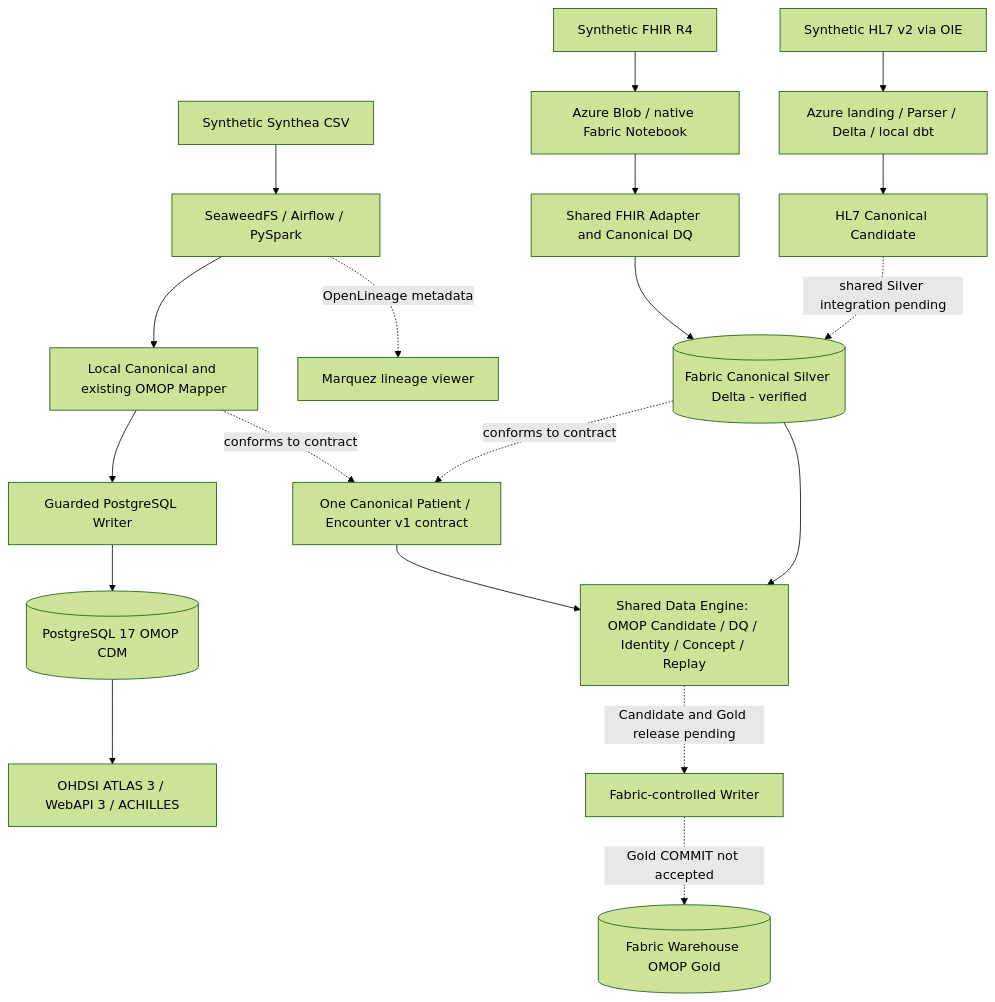
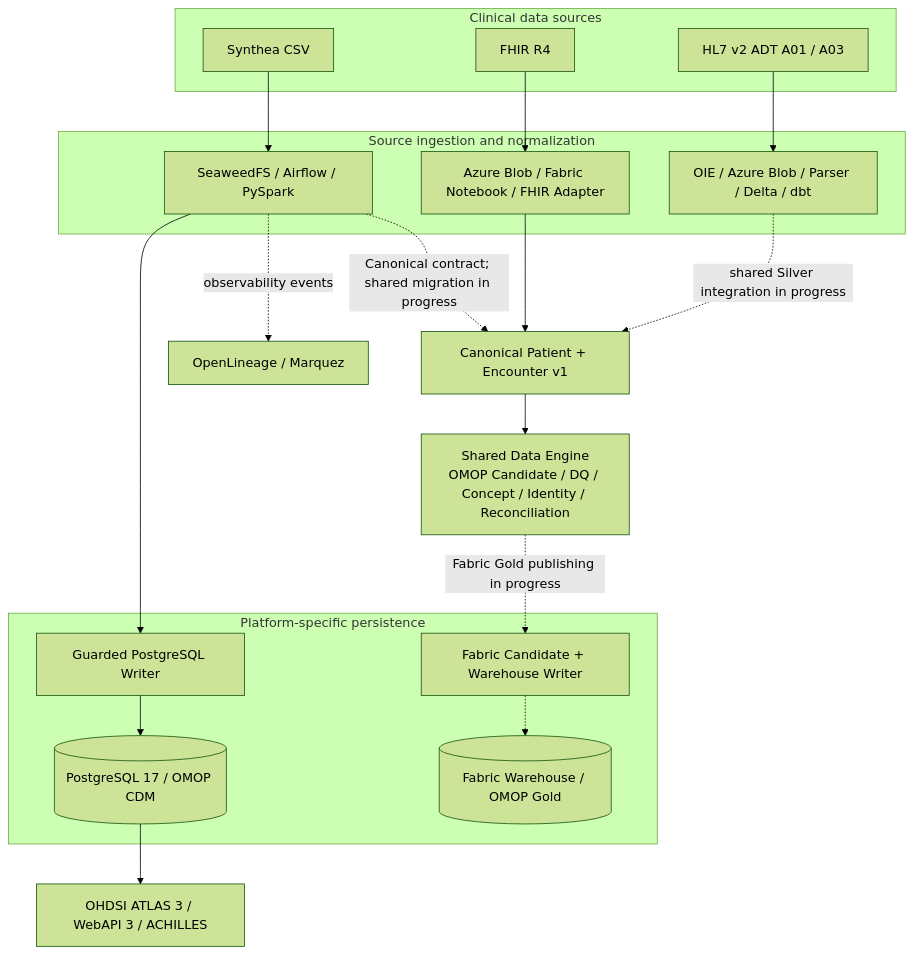
One commit to JohnZhang-DataForge/healthcare-data-platform changed the diagram in README.md. Above: the diagram before and after it, drawn with Mermaid (forest theme). The commit also changed other lines of this file, not shown here.

Commit message:
docs: showcase Healthcare Unified Data Platform with source-only links

````diff
--- a/README.md
+++ b/README.md
@@ -61,26 +22,39 @@
 ```mermaid
 flowchart TB
-    CSV["Synthetic Synthea CSV"] --> LOCAL["SeaweedFS / Airflow / PySpark"]
-    LOCAL --> LMAP["Local Canonical and existing OMOP Mapper"]
-    LMAP --> LPUB["Guarded PostgreSQL Writer"]
-    LPUB --> PG[("PostgreSQL 17 OMOP CDM")]
+    subgraph SOURCES["Clinical data sources"]
+        CSV["Synthea CSV"]
+        FHIR["FHIR R4"]
+        HL7["HL7 v2 ADT A01 / A03"]
+    end
 
-    FHIR["Synthetic FHIR R4"] --> AZ["Azure Blob / native Fabric Notebook"]
-    AZ --> FAD["Shared FHIR Adapter and Canonical DQ"]
-    FAD --> SILVER[("Fabric Canonical Silver Delta - verified")]
+    subgraph INGEST["Source ingestion and normalization"]
+        LOCAL["SeaweedFS / Airflow / PySpark"]
+        FHIRAD["Azure Blob / Fabric Notebook / FHIR Adapter"]
+        HL7AD["OIE / Azure Blob / Parser / Delta / dbt"]
+    end
 
-    HL7["Synthetic HL7 v2 via OIE"] --> HDBT["Azure landing / Parser / Delta / local dbt"]
-    HDBT --> HC["HL7 Canonical Candidate"]
-    HC -. "shared Silver integration pending" .-> SILVER
+    CAN["Canonical Patient + Encounter v1"]
+    ENGINE["Shared Data Engine<br/>OMOP Candidate / DQ / Concept / Identity / Reconciliation"]
 
-    CAN["One Canonical Patient / Encounter v1 contract"]
-    LMAP -. "conforms to contract" .-> CAN
-    SILVER -. "conforms to contract" .-> CAN
-    CAN --> ENG["Shared Data Engine: OMOP Candidate / DQ / Identity / Concept / Replay"]
-    SILVER --> ENG
-    ENG -. "Candidate and Gold release pending" .-> FWRITE["Fabric-controlled Writer"]
-    FWRITE -. "Gold COMMIT not accepted" .-> DW[("Fabric Warehouse OMOP Gold")]
+    subgraph PUBLISH["Platform-specific persistence"]
+        PGW["Guarded PostgreSQL Writer"]
+        FBW["Fabric Candidate + Warehouse Writer"]
+        PG[("PostgreSQL 17 / OMOP CDM")]
+        FW[("Fabric Warehouse / OMOP Gold")]
+    end
 
-    PG --> ATLAS["OHDSI ATLAS 3 / WebAPI 3 / ACHILLES"]
-    LOCAL -. "OpenLineage metadata" .-> MARQ["Marquez lineage viewer"]
+    ATLAS["OHDSI ATLAS 3 / WebAPI 3 / ACHILLES"]
+    LIN["OpenLineage / Marquez"]
+
+    CSV --> LOCAL
+    FHIR --> FHIRAD
+    HL7 --> HL7AD
+    LOCAL --> PGW --> PG --> ATLAS
+    LOCAL -. "Canonical contract; shared migration in progress" .-> CAN
+    FHIRAD --> CAN
+    HL7AD -. "shared Silver integration in progress" .-> CAN
+    CAN --> ENGINE
+    ENGINE -. "Fabric Gold publishing in progress" .-> FBW
+    FBW -.-> FW
+    LOCAL -. "observability events" .-> LIN
 ```
````
